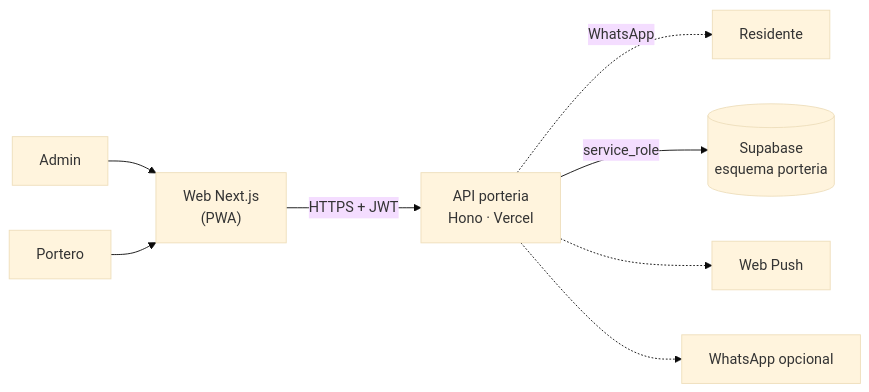
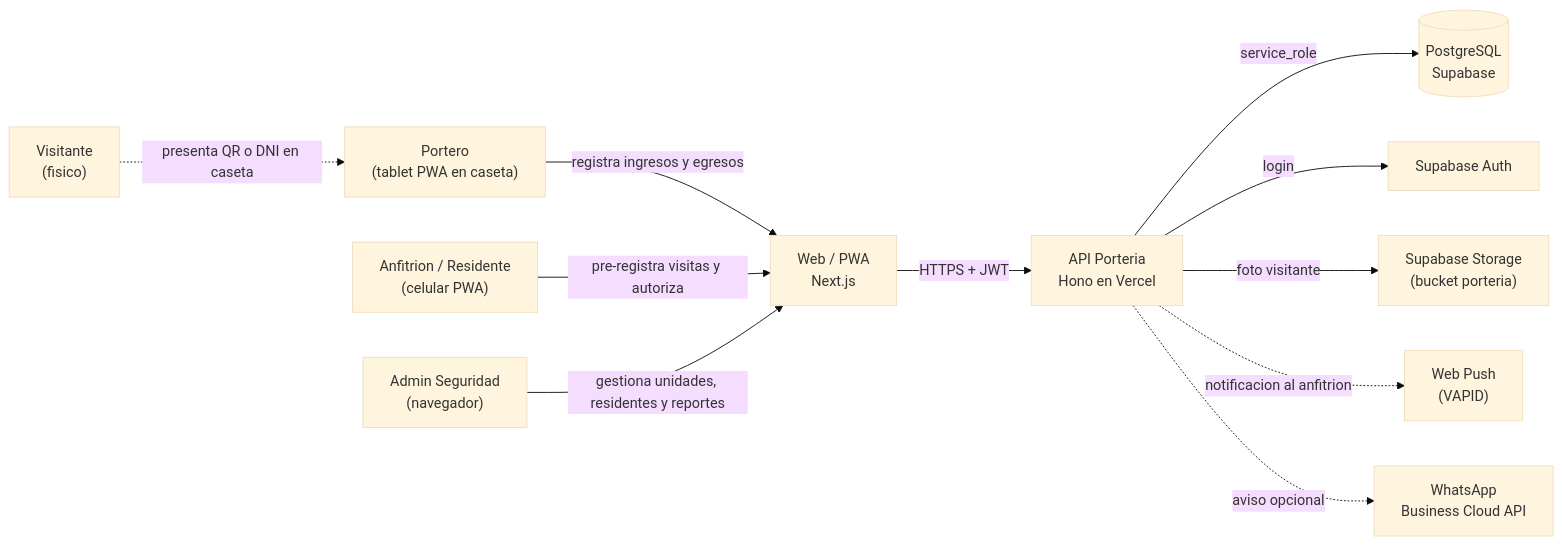
One commit to brayanChapo/novatech-microapps changed the first of 4 diagrams in 15-porteria-visitas/docs/02-arquitectura.md. Above: the diagram before and after it, drawn with Mermaid (base theme). The commit also changed other lines of this file and 28 other files, not shown here.

````diff
--- a/15-porteria-visitas/docs/02-arquitectura.md
+++ b/15-porteria-visitas/docs/02-arquitectura.md
@@ -5,11 +7,13 @@
 ```mermaid
 flowchart LR
-    U0["Admin"] --> WEB
-    API -.->|WhatsApp| U1["Residente"]
-    U2["Portero"] --> WEB
-    WEB["Web Next.js<br/>(PWA)"] -->|HTTPS + JWT| API["API porteria<br/>Hono · Vercel"]
-    
-    API -->|service_role| DB[("Supabase<br/>esquema porteria")]
-    API -.-> I0["Web Push"]
-    API -.-> I1["WhatsApp opcional"]
+    POR["Portero\n(tablet PWA en caseta)"] -->|registra ingresos y egresos| WEB["Web / PWA\nNext.js"]
+    ANF["Anfitrion / Residente\n(celular PWA)"] -->|pre-registra visitas y autoriza| WEB
+    ADM["Admin Seguridad\n(navegador)"] -->|gestiona unidades, residentes y reportes| WEB
+    VIS["Visitante\n(fisico)"] -.->|presenta QR o DNI en caseta| POR
+    WEB -->|HTTPS + JWT| API["API Porteria\nHono en Vercel"]
+    API -->|service_role| DB[("PostgreSQL\nSupabase")]
+    API -->|login| AUTH["Supabase Auth"]
+    API -->|foto visitante| STO["Supabase Storage\n(bucket porteria)"]
+    API -.->|notificacion al anfitrion| PUSH["Web Push\n(VAPID)"]
+    API -.->|aviso opcional| WA["WhatsApp\nBusiness Cloud API"]
 ```
````
